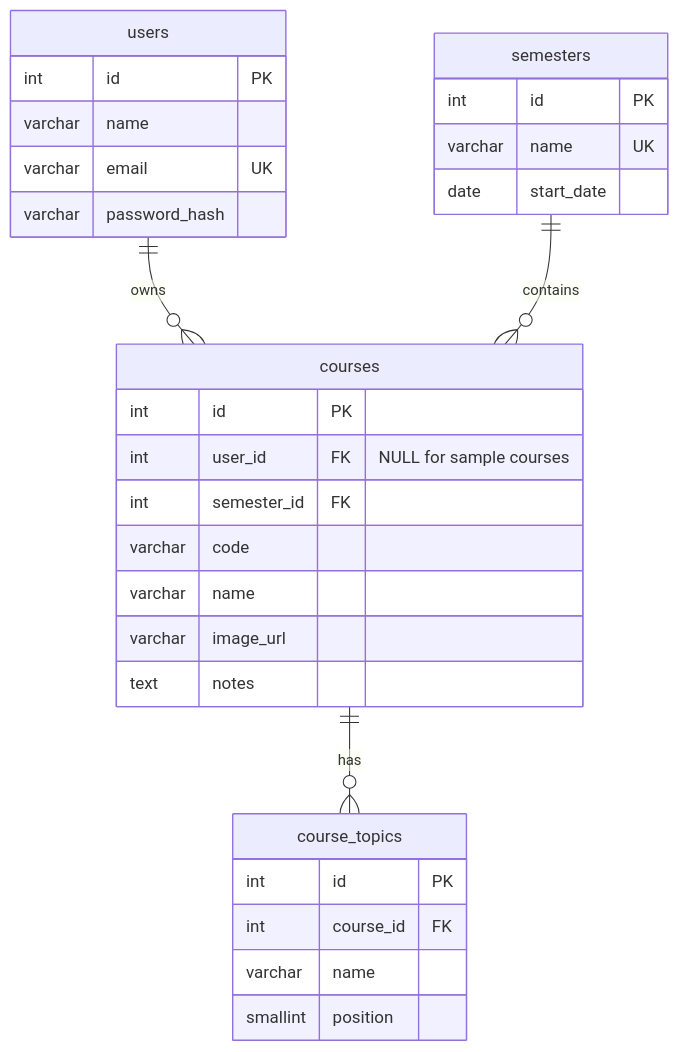
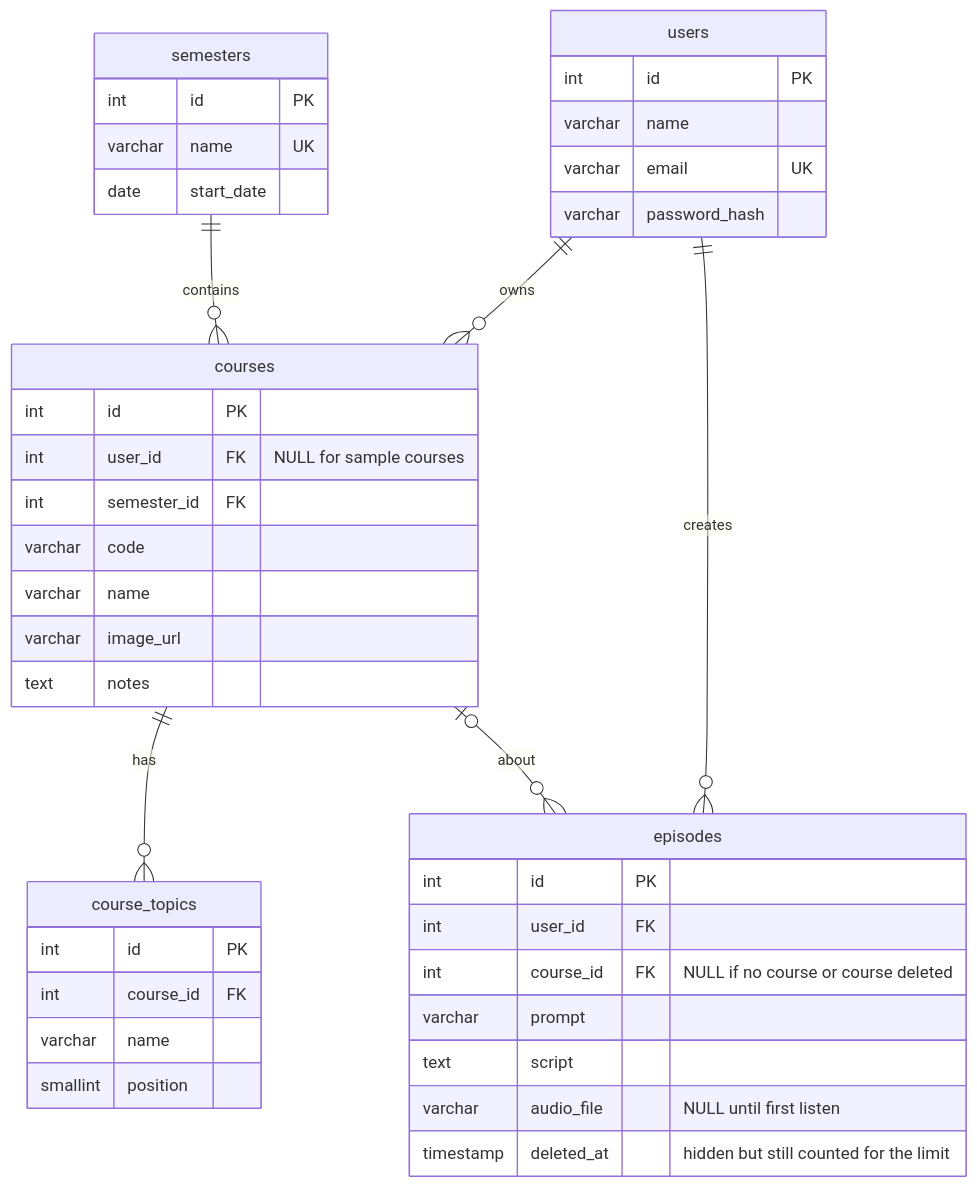
Before and after one commit to Ethan-vaz/Podfessor: the third of 3 diagrams in README.md, drawn with Mermaid. The commit also changed other lines of this file and 19 other files, not shown here.

First line of the commit message:
Add text-to-speech audio and an episode library

````diff
--- a/README.md
+++ b/README.md
@@ -37,33 +66,44 @@
 ```mermaid
 erDiagram
     users ||--o{ courses : owns
     semesters ||--o{ courses : contains
     courses ||--o{ course_topics : has
+    users ||--o{ episodes : creates
+    courses |o--o{ episodes : "about"
 
     users {
         int id PK
         varchar name
         varchar email UK
         varchar password_hash
     }
     semesters {
         int id PK
         varchar name UK
         date start_date
     }
     courses {
         int id PK
         int user_id FK "NULL for sample courses"
         int semester_id FK
         varchar code
         varchar name
         varchar image_url
         text notes
     }
     course_topics {
         int id PK
         int course_id FK
         varchar name
         smallint position
     }
+    episodes {
+        int id PK
+        int user_id FK
+        int course_id FK "NULL if no course or course deleted"
+        varchar prompt
+        text script
+        varchar audio_file "NULL until first listen"
+        timestamp deleted_at "hidden but still counted for the limit"
+    }
 ```
````
